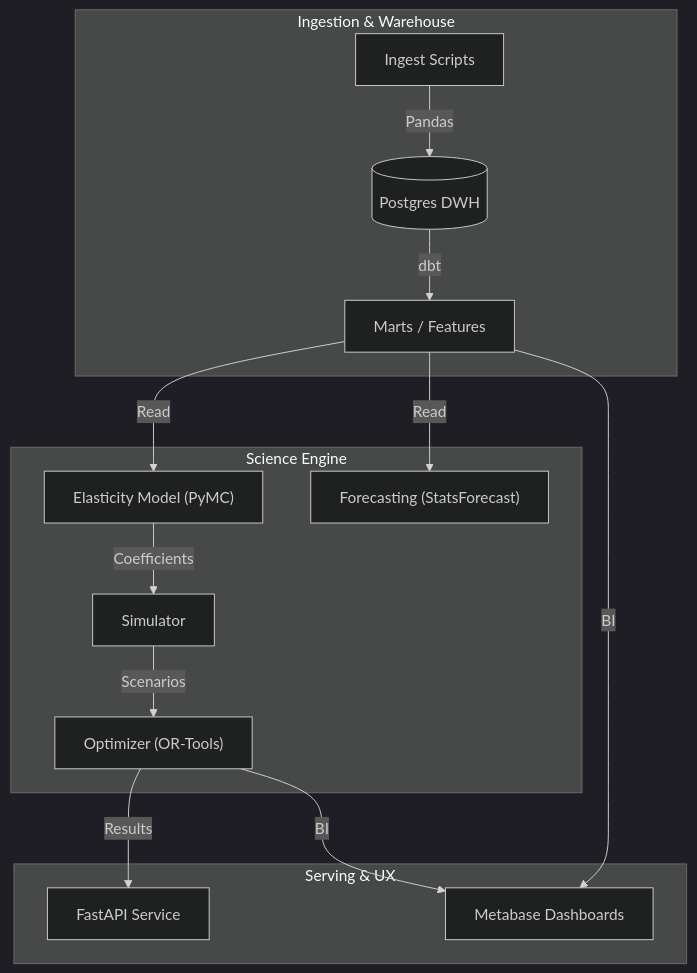
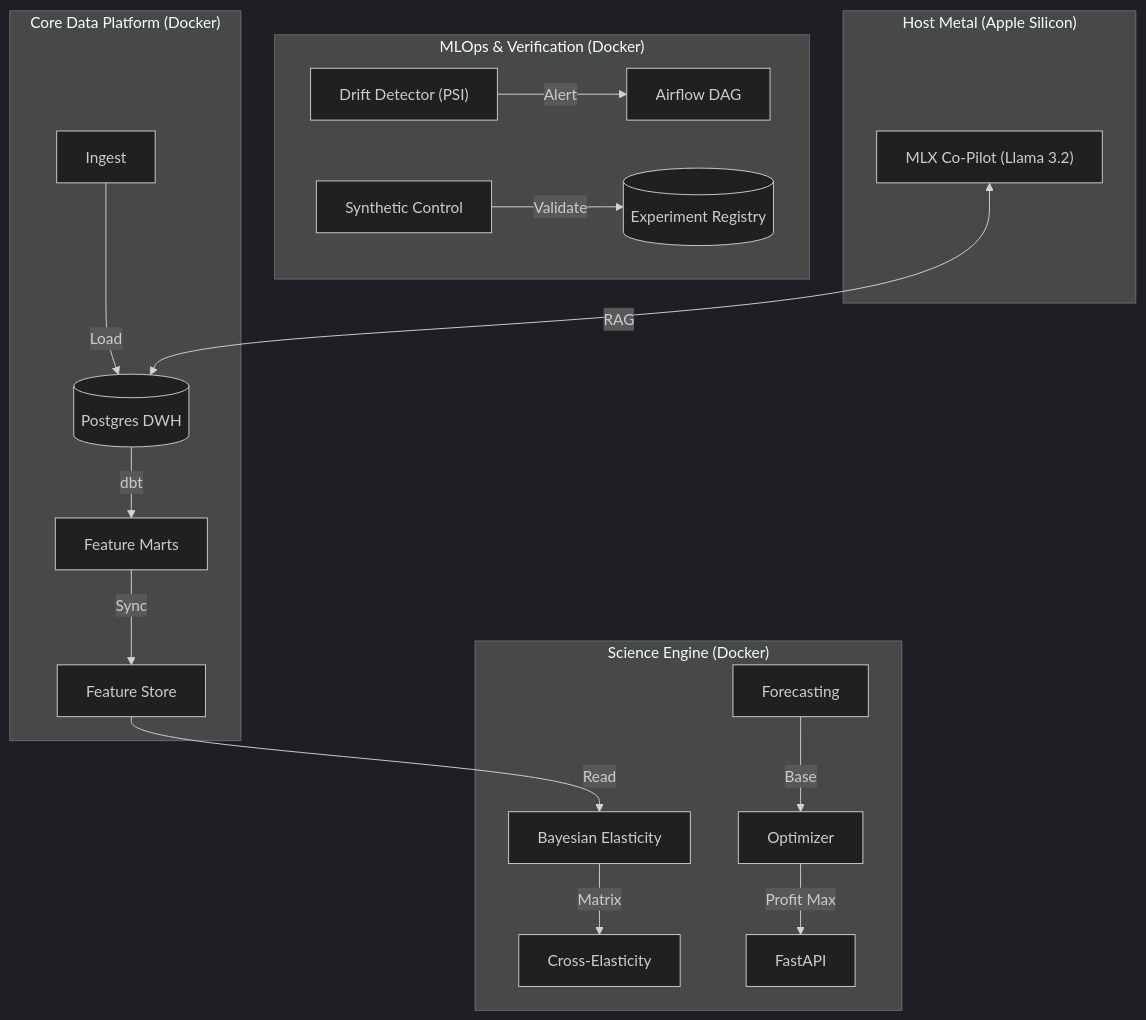
The diagram in README.md (kaushikkumarkr/PiRo), drawn with Mermaid (dark theme) before and after one commit. The commit also changed other lines of this file, not shown here.

Commit message:
docs: Update README with Hybrid Architecture and Sprints 7-10 components

````diff
--- a/README.md
+++ b/README.md
@@ -40,19 +38,24 @@
 ```mermaid
 graph TD
-    subgraph "Ingestion & Warehouse"
-        I["Ingest Scripts"] -->|Pandas| DB[("Postgres DWH")]
-        DB -->|dbt| M["Marts / Features"]
+    subgraph "Core Data Platform (Docker)"
+        I["Ingest"] -->|Load| DB[("Postgres DWH")]
+        DB -->|dbt| M["Feature Marts"]
+        M -->|Sync| FS["Feature Store"]
     end
 
-    subgraph "Science Engine"
-        M -->|Read| E["Elasticity Model (PyMC)"]
-        M -->|Read| F["Forecasting (StatsForecast)"]
-        E -->|Coefficients| S["Simulator"]
-        S -->|Scenarios| O["Optimizer (OR-Tools)"]
+    subgraph "Science Engine (Docker)"
+        FS -->|Read| E["Bayesian Elasticity"]
+        E -->|Matrix| CE["Cross-Elasticity"]
+        F["Forecasting"] -->|Base| S["Optimizer"]
+        S -->|Profit Max| API["FastAPI"]
     end
 
-    subgraph "Serving & UX"
-        O -->|Results| API["FastAPI Service"]
-        M & O -->|BI| D["Metabase Dashboards"]
+    subgraph "MLOps & Verification (Docker)"
+        D["Drift Detector (PSI)"] -->|Alert| AIR["Airflow DAG"]
+        SYN["Synthetic Control"] -->|Validate| EXP[("Experiment Registry")]
+    end
+
+    subgraph "Host Metal (Apple Silicon)"
+        LLM["MLX Co-Pilot (Llama 3.2)"] <-->|RAG| DB
     end
 ```
````
